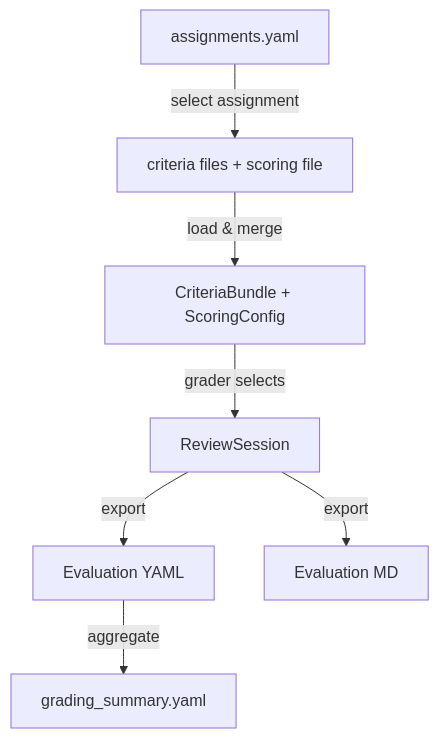
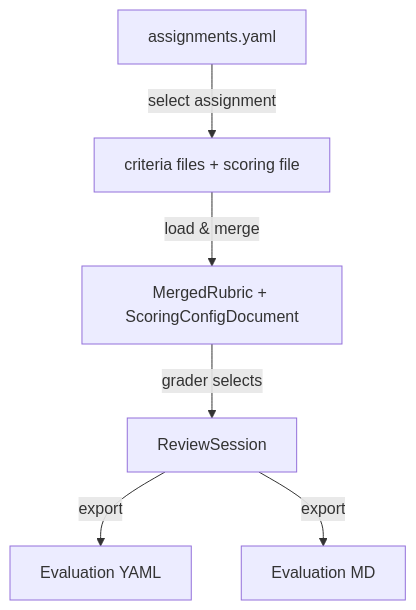
One commit to EmKaCe/scipro_review changed the diagram in .github/references/schemas/README.md. Above: the diagram before and after it, drawn with Mermaid. The commit also changed other lines of this file and 10 other files, not shown here.

````diff
--- a/.github/references/schemas/README.md
+++ b/.github/references/schemas/README.md
@@ -25,9 +25,8 @@
 ```mermaid
 graph TD
     A[assignments.yaml] -->|select assignment| B[criteria files + scoring file]
-    B -->|load & merge| C[CriteriaBundle + ScoringConfig]
+    B -->|load & merge| C[MergedRubric + ScoringConfigDocument]
     C -->|grader selects| D[ReviewSession]
     D -->|export| E[Evaluation YAML]
     D -->|export| F[Evaluation MD]
-    E -->|aggregate| G[grading_summary.yaml]
 ```
````
